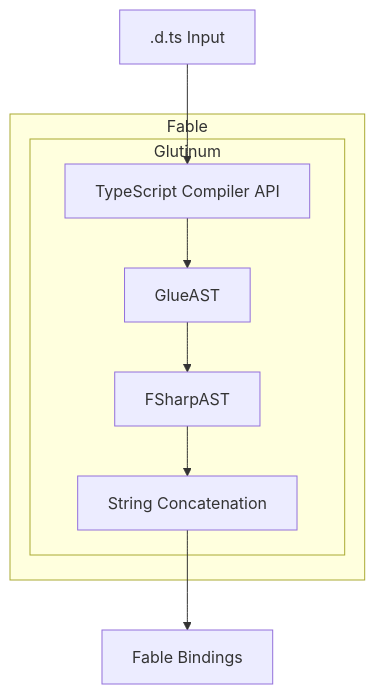
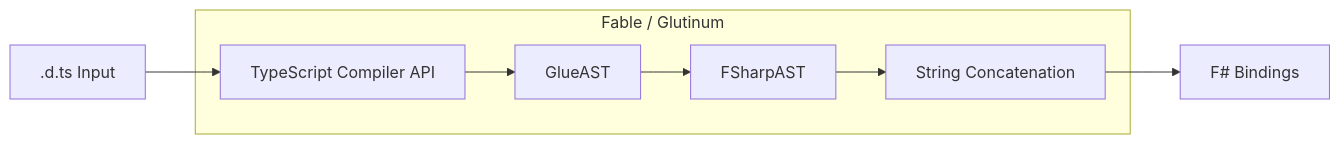
Before and after one commit to shayanhabibi/Xantham: the first of 2 diagrams in README.md, drawn with Mermaid. The commit also changed other lines of this file, not shown here.

````diff
--- a/README.md
+++ b/README.md
@@ -51,12 +15,10 @@
 ```mermaid
-flowchart
-    GA[.d.ts Input] --> GIA
-    subgraph Fable
-        subgraph Glutinum
-            GIA[TypeScript Compiler API] --> GIB[GlueAST]
-            GIB --> GIC[FSharpAST]
-            GIC --> GID[String Concatenation]
-        end
+flowchart LR
+    A[.d.ts Input] --> B[TypeScript Compiler API]
+    subgraph Fable / Glutinum
+        B --> C[GlueAST]
+        C --> D[FSharpAST]
+        D --> E[String Concatenation]
     end
-    GID --> GB[Fable Bindings]
+    E --> F[F# Bindings]
 ```
````
